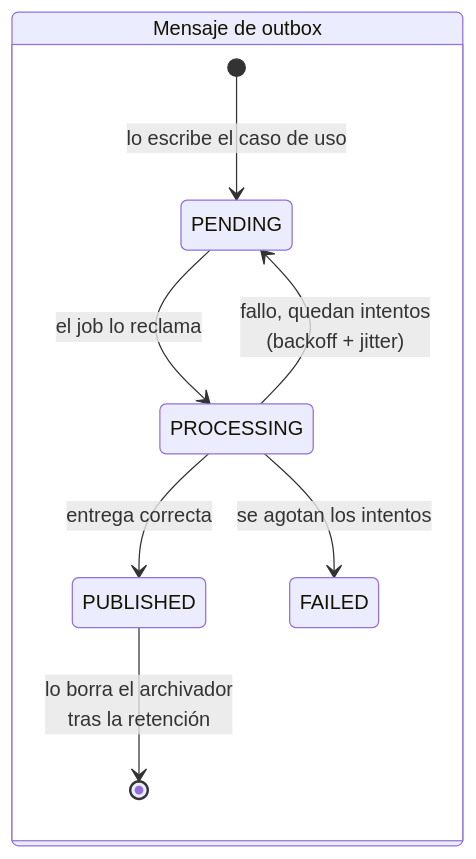
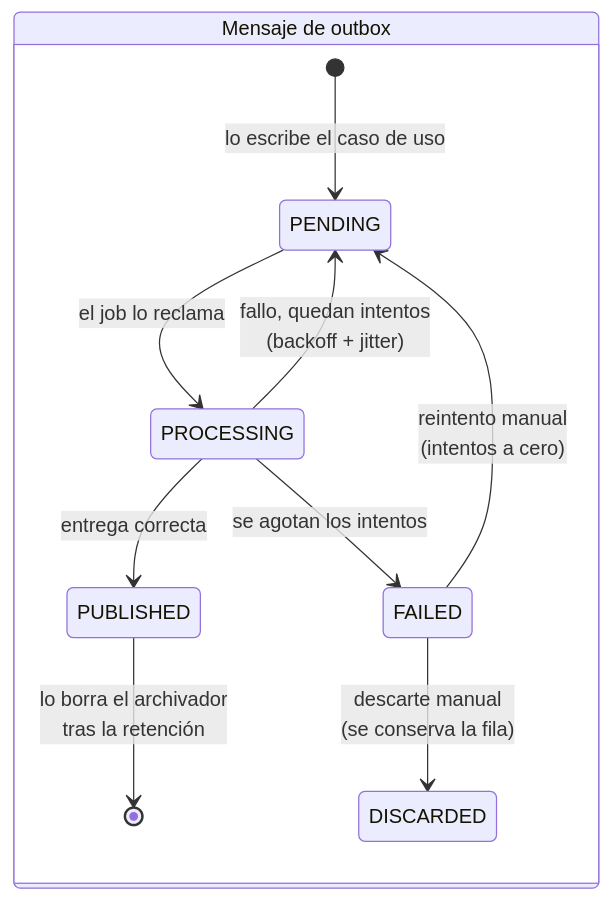
One commit to marc-mainpro/timetracking changed the third of 4 diagrams in docs/procesos/notificaciones-y-outbox.md. Above: the diagram before and after it, drawn with Mermaid. The commit also changed other lines of this file and 47 other files, not shown here.

````diff
--- a/docs/procesos/notificaciones-y-outbox.md
+++ b/docs/procesos/notificaciones-y-outbox.md
@@ -126,11 +126,13 @@
 ```mermaid
 stateDiagram-v2
     state "Mensaje de outbox" as outbox {
         [*] --> PENDING: lo escribe el caso de uso
         PENDING --> PROCESSING: el job lo reclama
         PROCESSING --> PUBLISHED: entrega correcta
         PROCESSING --> PENDING: fallo, quedan intentos<br/>(backoff + jitter)
         PROCESSING --> FAILED: se agotan los intentos
+        FAILED --> PENDING: reintento manual<br/>(intentos a cero)
+        FAILED --> DISCARDED: descarte manual<br/>(se conserva la fila)
         PUBLISHED --> [*]: lo borra el archivador<br/>tras la retención
     }
 ```
````
